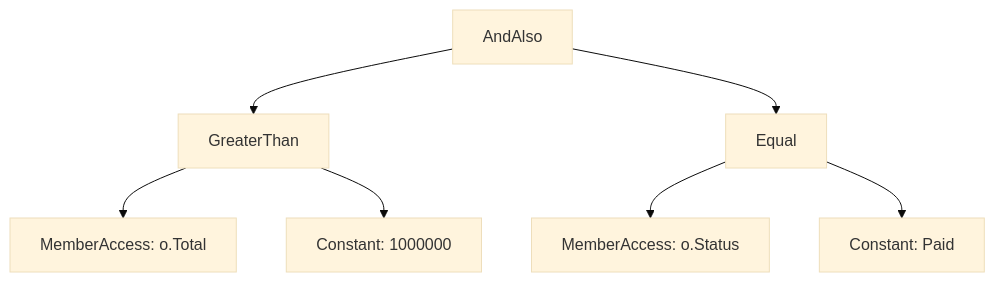
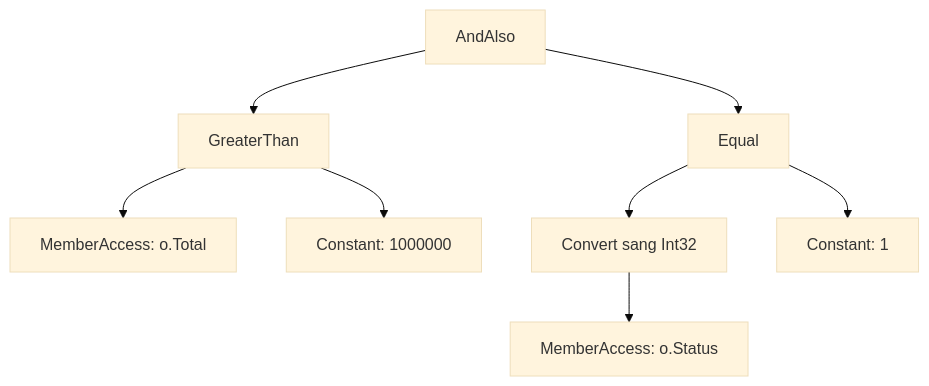
One commit to TienNHM/dotnet-course changed the diagram in lessons/stage-02-csharp-professional/module-05-advanced-csharp/5.7-overview.md. Above: the diagram before and after it, drawn with Mermaid (base theme). The commit also changed other lines of this file and 27 other files, not shown here.

````diff
--- a/lessons/stage-02-csharp-professional/module-05-advanced-csharp/5.7-overview.md
+++ b/lessons/stage-02-csharp-professional/module-05-advanced-csharp/5.7-overview.md
@@ -209,9 +234,10 @@
 ```mermaid
 flowchart TD
     A["AndAlso"] --> B["GreaterThan"]
     A --> C["Equal"]
     B --> D["MemberAccess: o.Total"]
     B --> E["Constant: 1000000"]
-    C --> F["MemberAccess: o.Status"]
-    C --> G["Constant: Paid"]
+    C --> F["Convert sang Int32"]
+    F --> H["MemberAccess: o.Status"]
+    C --> G["Constant: 1"]
 ```
````
